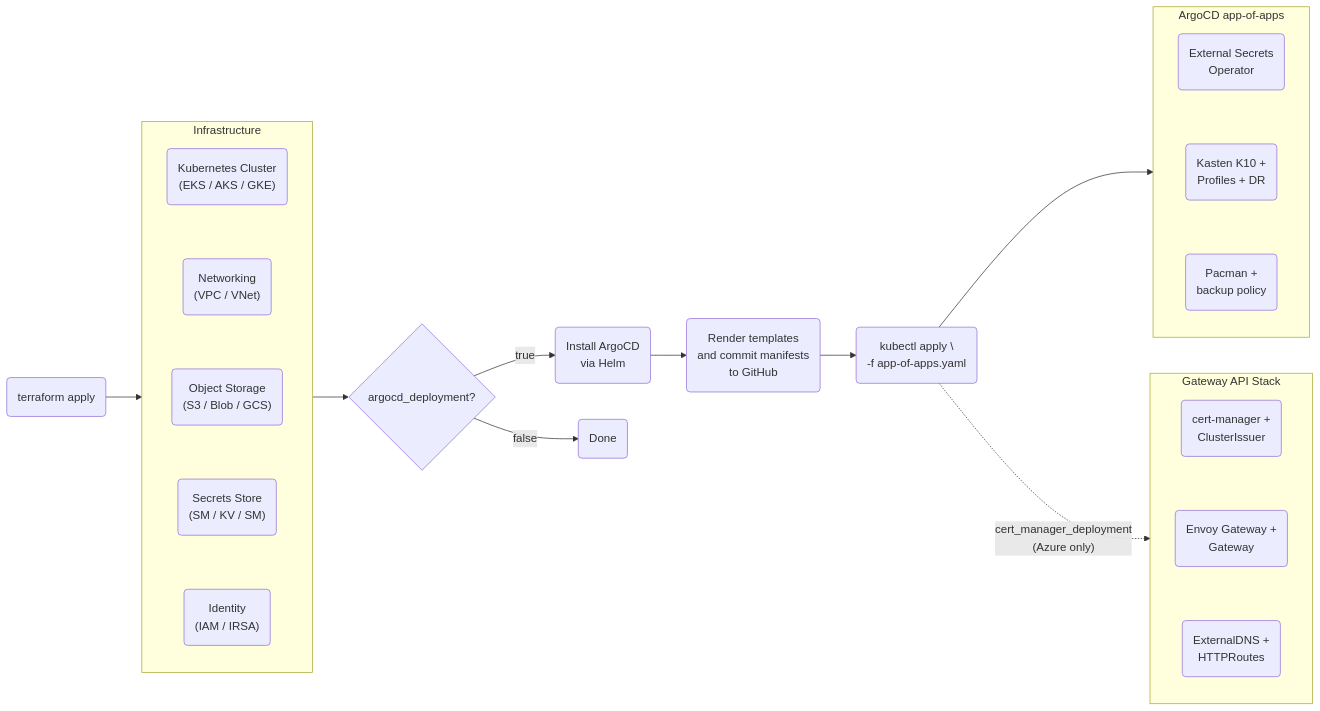
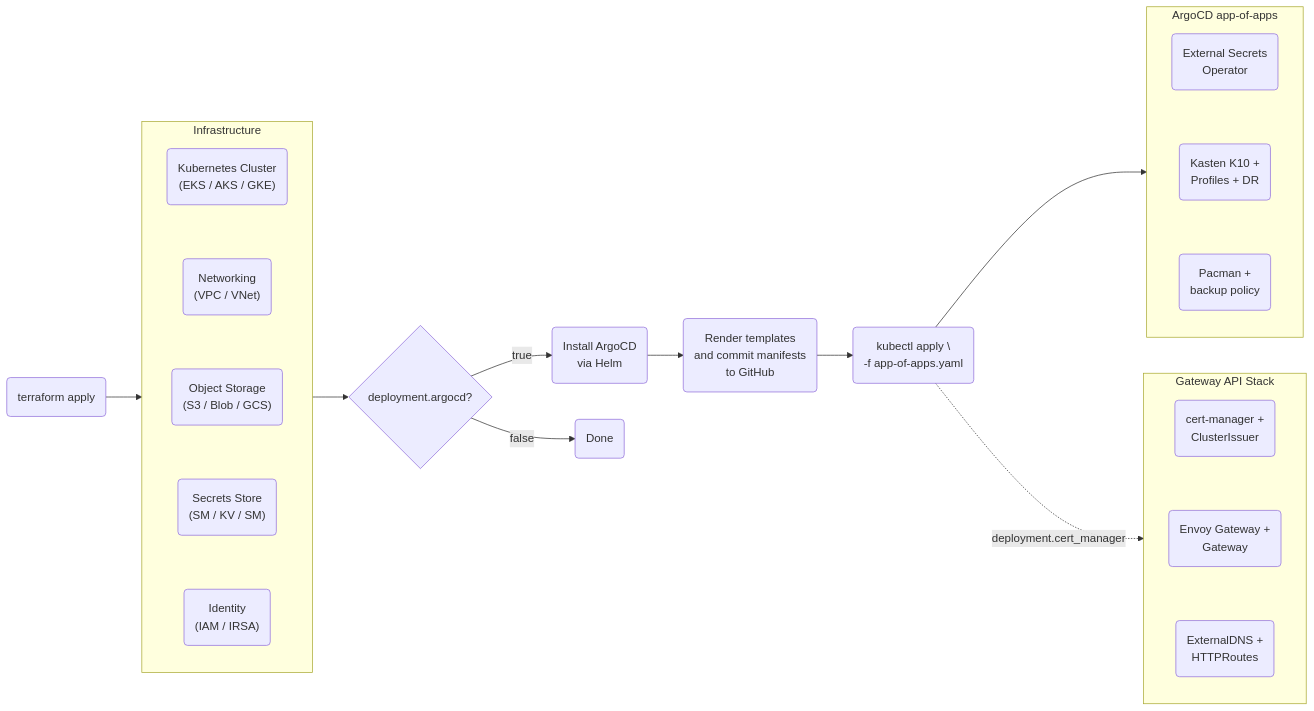
The diagram in README.md (MichaelHaigh/kasten-automation), drawn with Mermaid before and after one commit. The commit also changed other lines of this file and 31 other files, not shown here.

Commit message:
adding AWS cert-manager

````diff
--- a/README.md
+++ b/README.md
@@ -22,41 +22,40 @@
 ```mermaid
 flowchart LR
     A(terraform apply) --> B
 
     subgraph B["Infrastructure"]
         B1("Kubernetes Cluster
         (EKS / AKS / GKE)") ~~~ B2("Networking
         (VPC / VNet)") ~~~ B3("Object Storage
         (S3 / Blob / GCS)") ~~~ B4("Secrets Store
         (SM / KV / SM)") ~~~ B5("Identity
         (IAM / IRSA)")
     end
 
-    B --> C{argocd_deployment?}
+    B --> C{deployment.argocd?}
     C -- true --> E("Install ArgoCD
     via Helm")
     C -- false --> D(Done)
     E --> F("Render templates
     and commit manifests
     to GitHub")
     F --> G("kubectl apply \
     -f app-of-apps.yaml")
     G --> H
 
     subgraph H["ArgoCD app-of-apps"]
         H1("External Secrets
         Operator ") ~~~ H2("Kasten K10 +
         Profiles + DR") ~~~ H3("Pacman +
         backup policy")
     end
 
-    G -. "cert_manager_deployment
-    (Azure only)" .-> I
+    G -. "deployment.cert_manager" .-> I
 
     subgraph I["Gateway API Stack"]
         I1("cert-manager +
         ClusterIssuer") ~~~ I2("Envoy Gateway +
         Gateway") ~~~ I3("ExternalDNS +
         HTTPRoutes")
     end
 ```
````
